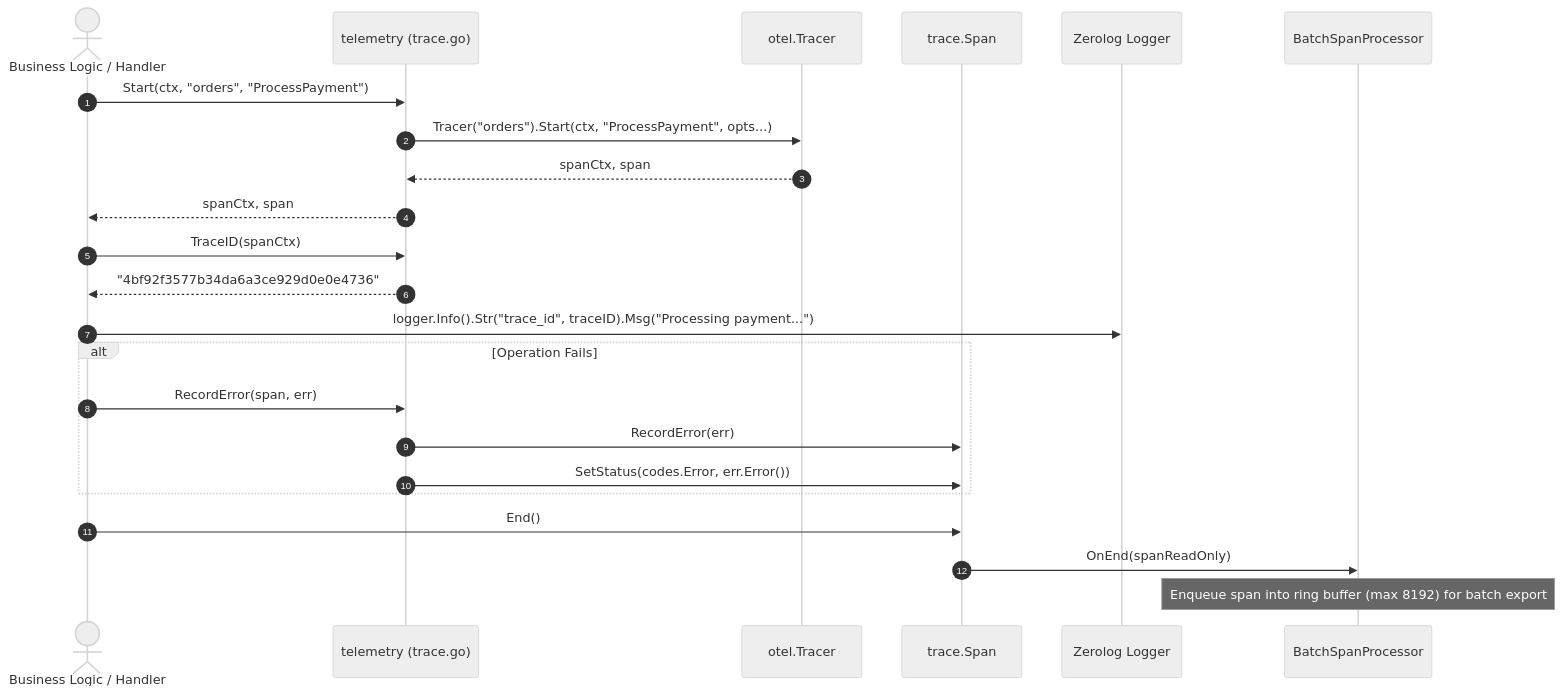
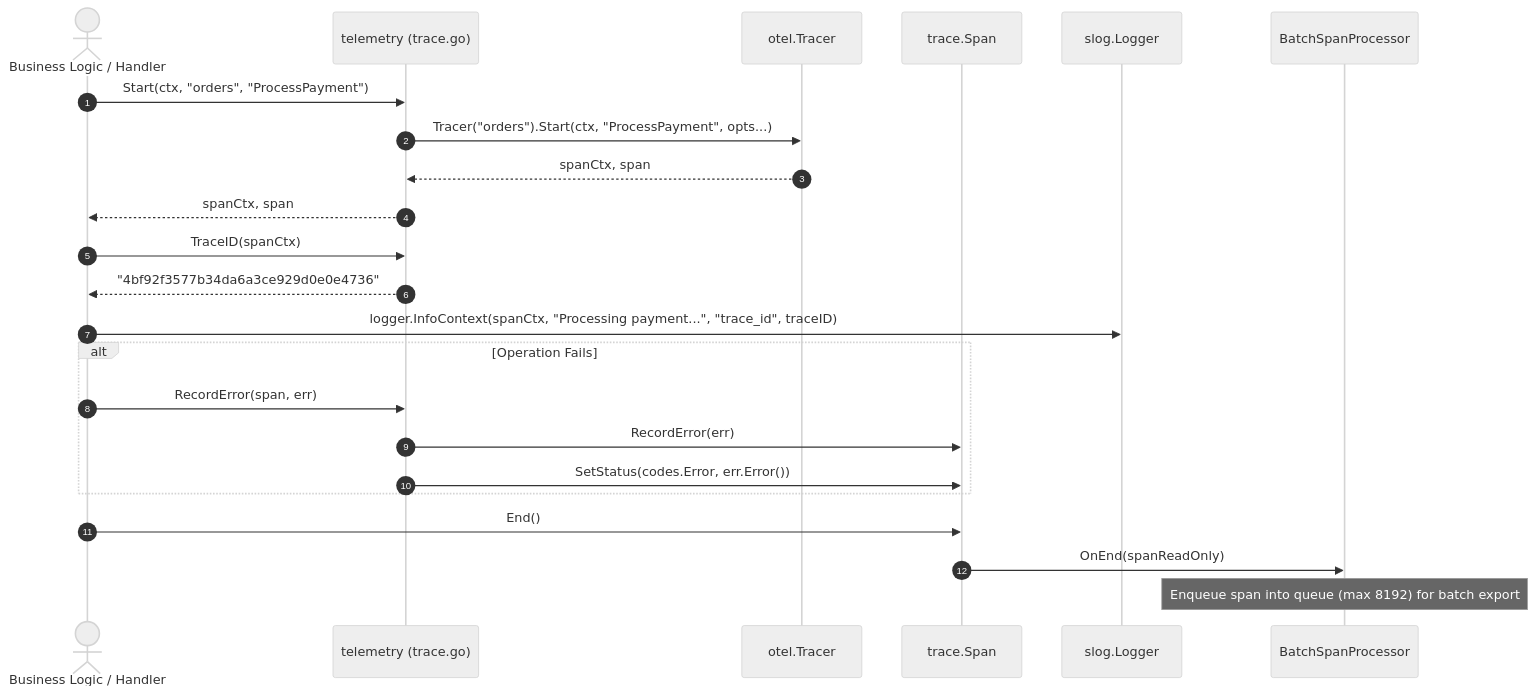
Before and after one commit to Jkenyut/nvx-go-telemetry: the third of 5 diagrams in docs/architecture/sequences.md, drawn with Mermaid (neutral theme). The commit also changed other lines of this file and 6 other files, not shown here.

````diff
--- a/docs/architecture/sequences.md
+++ b/docs/architecture/sequences.md
@@ -145,30 +140,30 @@
 ```mermaid
 sequenceDiagram
     autonumber
     actor Handler as Business Logic / Handler
     participant TraceUtil as telemetry (trace.go)
     participant OTelTracer as otel.Tracer
     participant Span as trace.Span
-    participant DiodeLog as Zerolog Logger
+    participant AppLogger as slog.Logger
     participant BSP as BatchSpanProcessor
 
     Handler->>TraceUtil: Start(ctx, "orders", "ProcessPayment")
     TraceUtil->>OTelTracer: Tracer("orders").Start(ctx, "ProcessPayment", opts...)
     OTelTracer-->>TraceUtil: spanCtx, span
     TraceUtil-->>Handler: spanCtx, span
 
     Handler->>TraceUtil: TraceID(spanCtx)
     TraceUtil-->>Handler: "4bf92f3577b34da6a3ce929d0e0e4736"
 
-    Handler->>DiodeLog: logger.Info().Str("trace_id", traceID).Msg("Processing payment...")
+    Handler->>AppLogger: logger.InfoContext(spanCtx, "Processing payment...", "trace_id", traceID)
 
     alt Operation Fails
         Handler->>TraceUtil: RecordError(span, err)
         TraceUtil->>Span: RecordError(err)
         TraceUtil->>Span: SetStatus(codes.Error, err.Error())
     end
 
     Handler->>Span: End()
     Span->>BSP: OnEnd(spanReadOnly)
-    Note over BSP: Enqueue span into ring buffer (max 8192) for batch export
+    Note over BSP: Enqueue span into queue (max 8192) for batch export
 ```
````
